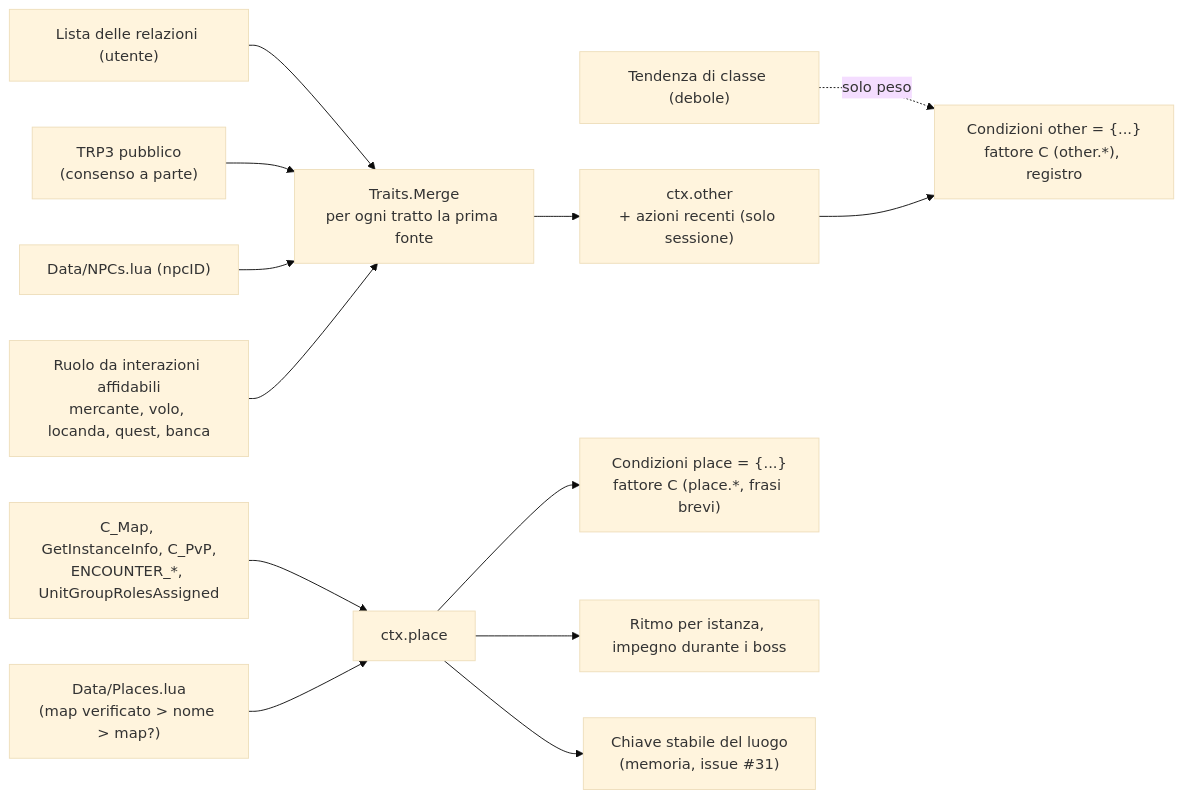
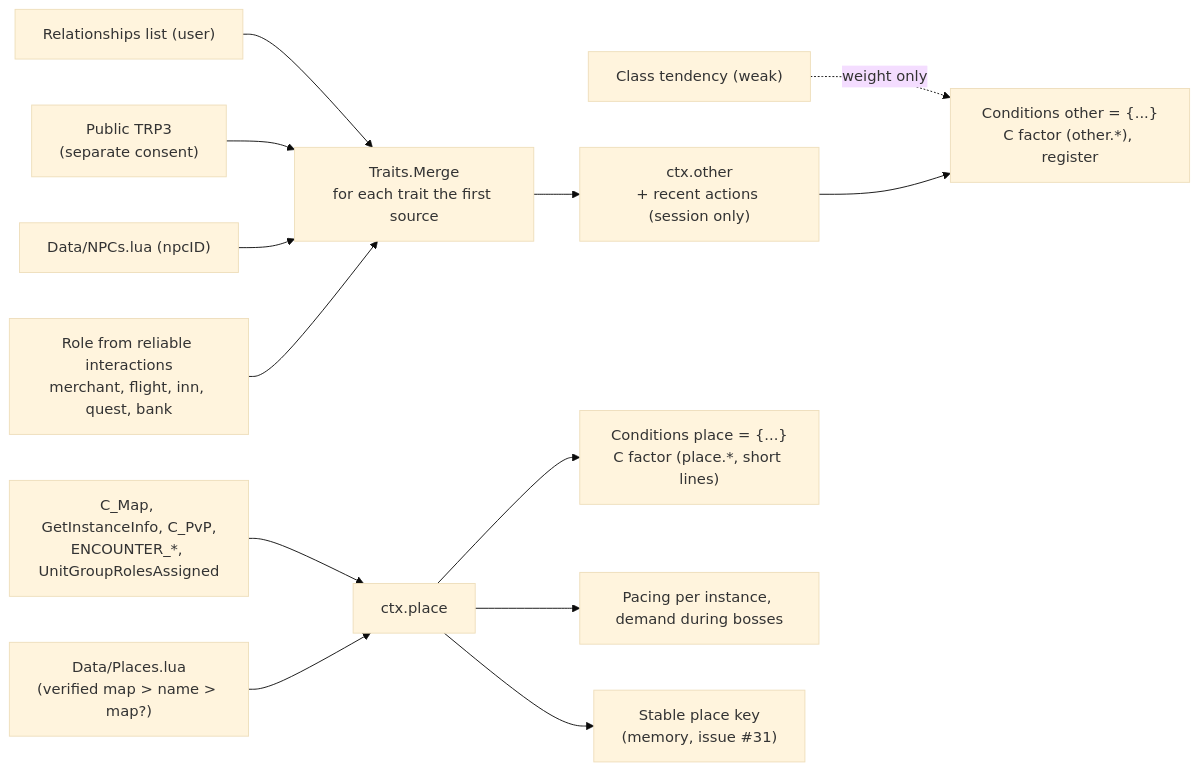
Before and after one commit to Finland6738/azeroth-unspoken: diagram 11 of 14 in docs/ARCHITECTURE.md, drawn with Mermaid (base theme). The commit also changed other lines of this file and 31 other files, not shown here.

````diff
--- a/docs/ARCHITECTURE.md
+++ b/docs/ARCHITECTURE.md
@@ -434,15 +434,15 @@
 ```mermaid
 flowchart LR
-    U["Lista delle relazioni (utente)"] --> M["Traits.Merge<br/>per ogni tratto la prima fonte"]
-    T["TRP3 pubblico<br/>(consenso a parte)"] --> M
+    U["Relationships list (user)"] --> M["Traits.Merge<br/>for each trait the first source"]
+    T["Public TRP3<br/>(separate consent)"] --> M
     N["Data/NPCs.lua (npcID)"] --> M
-    R["Ruolo da interazioni affidabili<br/>mercante, volo, locanda, quest, banca"] --> M
-    M --> O["ctx.other<br/>+ azioni recenti (solo sessione)"]
-    W["Tendenza di classe (debole)"] -. "solo peso" .-> C
-    O --> C["Condizioni other = {...}<br/>fattore C (other.*), registro"]
+    R["Role from reliable interactions<br/>merchant, flight, inn, quest, bank"] --> M
+    M --> O["ctx.other<br/>+ recent actions (session only)"]
+    W["Class tendency (weak)"] -. "weight only" .-> C
+    O --> C["Conditions other = {...}<br/>C factor (other.*), register"]
     G["C_Map, GetInstanceInfo, C_PvP,<br/>ENCOUNTER_*, UnitGroupRolesAssigned"] --> P["ctx.place"]
-    D["Data/Places.lua<br/>(map verificato > nome > map?)"] --> P
-    P --> C2["Condizioni place = {...}<br/>fattore C (place.*, frasi brevi)"]
-    P --> Y["Ritmo per istanza, impegno durante i boss"]
-    P --> K["Chiave stabile del luogo<br/>(memoria, issue #31)"]
+    D["Data/Places.lua<br/>(verified map > name > map?)"] --> P
+    P --> C2["Conditions place = {...}<br/>C factor (place.*, short lines)"]
+    P --> Y["Pacing per instance, demand during bosses"]
+    P --> K["Stable place key<br/>(memory, issue #31)"]
 ```
````
